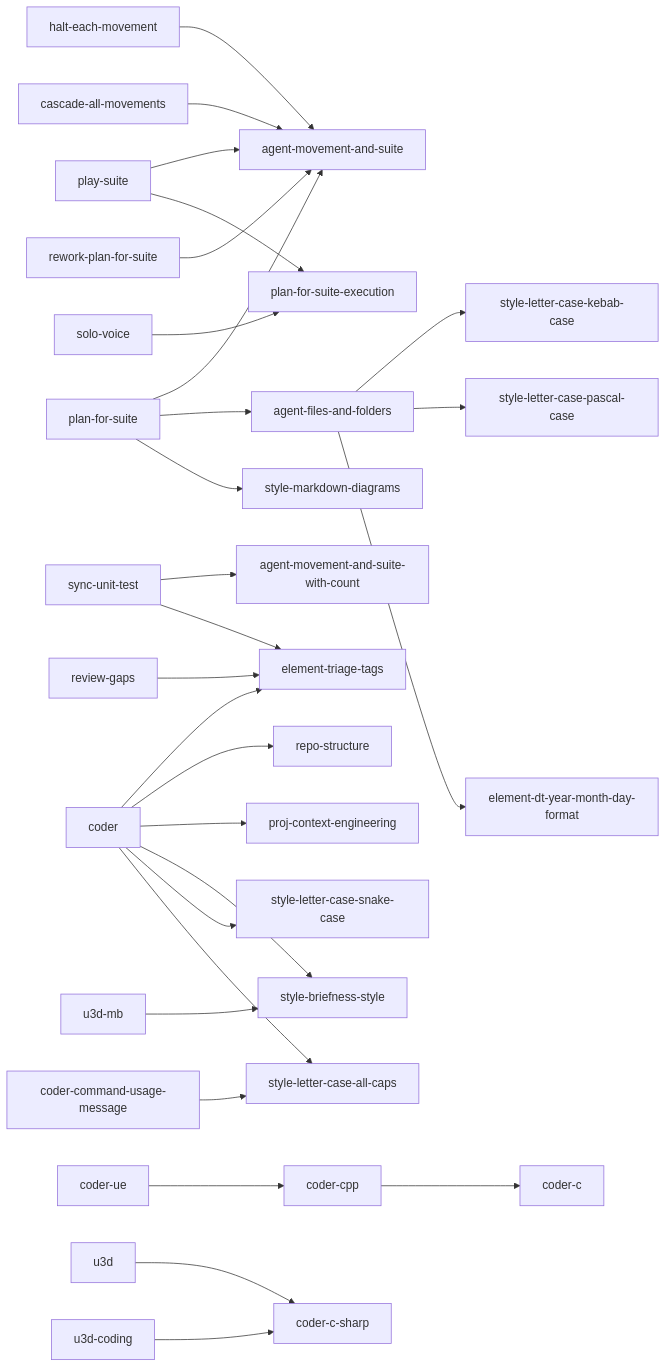
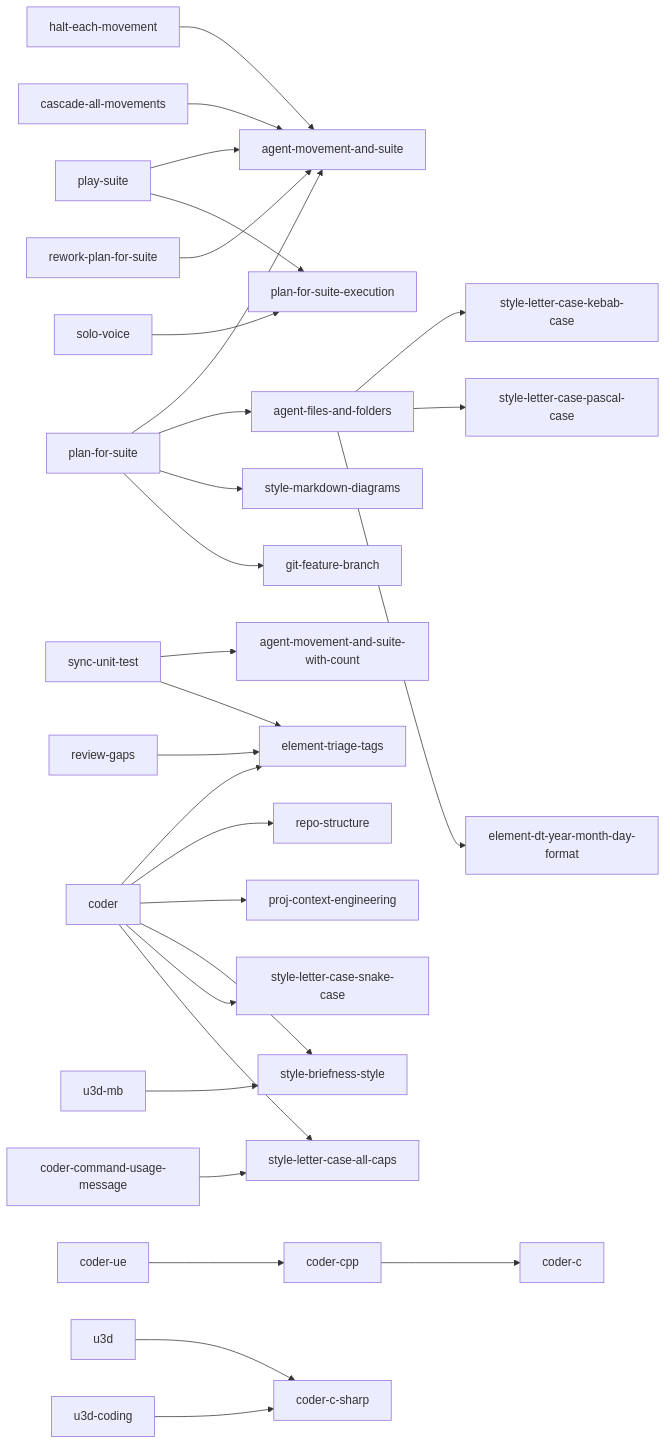
The first of 10 diagrams in docs/blueprint-doc.md (kami-lel/kaye-library), drawn with Mermaid before and after one commit. The commit also changed 12 other files, not shown here.

First line of the commit message:
rename voice branch to instrumental branch; link feature branch

````diff
--- a/docs/blueprint-doc.md
+++ b/docs/blueprint-doc.md
@@ -11,30 +11,31 @@
 ```mermaid
 flowchart LR
     halt_each_movement["halt-each-movement"] --> agent_movement_and_suite["agent-movement-and-suite"]
     cascade_all_movements["cascade-all-movements"] --> agent_movement_and_suite
     plan_for_suite["plan-for-suite"] --> agent_movement_and_suite
     play_suite["play-suite"] --> agent_movement_and_suite
     play_suite --> plan_for_suite_execution["plan-for-suite-execution"]
     solo_voice["solo-voice"] --> plan_for_suite_execution
     rework_plan_for_suite["rework-plan-for-suite"] --> agent_movement_and_suite
     sync_unit_test["sync-unit-test"] --> agent_movement_and_suite_with_count["agent-movement-and-suite-with-count"]
     plan_for_suite --> agent_files_and_folders["agent-files-and-folders"]
     plan_for_suite --> style_markdown_diagrams["style-markdown-diagrams"]
+    plan_for_suite --> git_feature_branch["git-feature-branch"]
     agent_files_and_folders --> style_letter_case_kebab_case["style-letter-case-kebab-case"]
     agent_files_and_folders --> style_letter_case_pascal_case["style-letter-case-pascal-case"]
     agent_files_and_folders --> element_dt_year_month_day_format["element-dt-year-month-day-format"]
     sync_unit_test --> element_triage_tags["element-triage-tags"]
     review_gaps["review-gaps"] --> element_triage_tags
     coder --> element_triage_tags
     coder --> repo_structure["repo-structure"]
     coder --> proj_context_engineering["proj-context-engineering"]
     coder --> style_briefness_style["style-briefness-style"]
     coder --> style_letter_case_snake_case["style-letter-case-snake-case"]
     coder --> style_letter_case_all_caps["style-letter-case-all-caps"]
     coder_command_usage_message["coder-command-usage-message"] --> style_letter_case_all_caps
     coder_cpp["coder-cpp"] --> coder_c["coder-c"]
     coder_ue["coder-ue"] --> coder_cpp
     u3d --> coder_c_sharp["coder-c-sharp"]
     u3d_coding["u3d-coding"] --> coder_c_sharp
     u3d_mb["u3d-mb"] --> style_briefness_style
 ```
````
